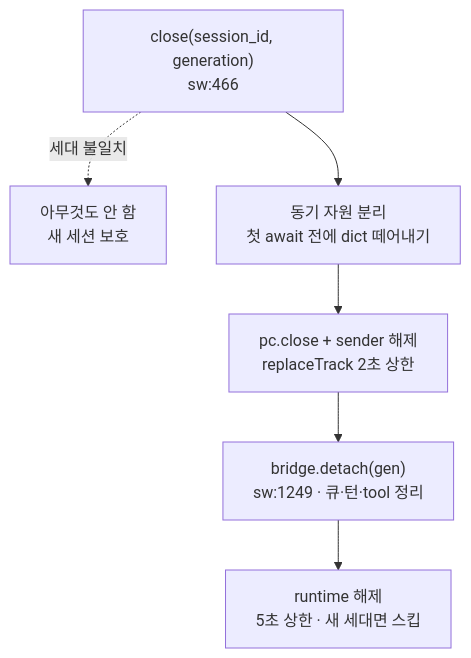
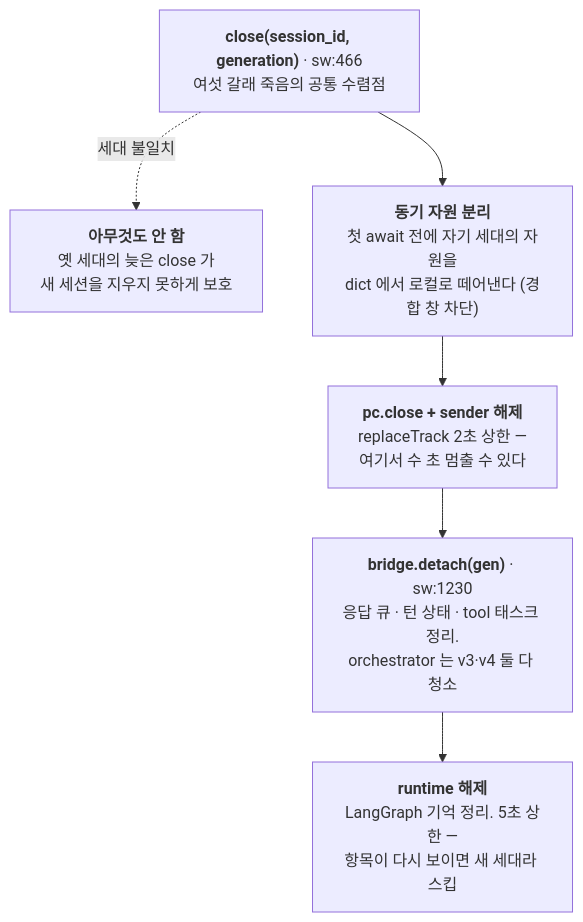
The seventh of 7 diagrams in 아사달/프로젝트/AI음성/AI음성 - 런타임 플로우.md (yeotaeho/asadal_obsidian), drawn with Mermaid before and after one commit. The commit also changed other lines of this file and 21 other files, not shown here.

````diff
--- a/아사달/프로젝트/AI음성/AI음성 - 런타임 플로우.md
+++ b/아사달/프로젝트/AI음성/AI음성 - 런타임 플로우.md
@@ -214,8 +456,8 @@
 ```mermaid
 flowchart TD
-    E1["close(session_id, generation)<br/>sw:466"] -.->|"세대 불일치"| V1["아무것도 안 함<br/>새 세션 보호"]
-    E1 --> E2["동기 자원 분리<br/>첫 await 전에 dict 떼어내기"]
-    E2 --> E3["pc.close + sender 해제<br/>replaceTrack 2초 상한"]
-    E3 --> E4["bridge.detach(gen)<br/>sw:1249 · 큐·턴·tool 정리"]
-    E4 --> E5["runtime 해제<br/>5초 상한 · 새 세대면 스킵"]
+    E1["<b>close(session_id, generation)</b> · sw:466<br/>여섯 갈래 죽음의 공통 수렴점"] -.->|"세대 불일치"| V1["<b>아무것도 안 함</b><br/>옛 세대의 늦은 close 가<br/>새 세션을 지우지 못하게 보호"]
+    E1 --> E2["<b>동기 자원 분리</b><br/>첫 await 전에 자기 세대의 자원을<br/>dict 에서 로컬로 떼어낸다 (경합 창 차단)"]
+    E2 --> E3["<b>pc.close + sender 해제</b><br/>replaceTrack 2초 상한 —<br/>여기서 수 초 멈출 수 있다"]
+    E3 --> E4["<b>bridge.detach(gen)</b> · sw:1230<br/>응답 큐 · 턴 상태 · tool 태스크 정리.<br/>orchestrator 는 v3·v4 둘 다 청소"]
+    E4 --> E5["<b>runtime 해제</b><br/>LangGraph 기억 정리. 5초 상한 —<br/>항목이 다시 보이면 새 세대라 스킵"]
 ```
````
